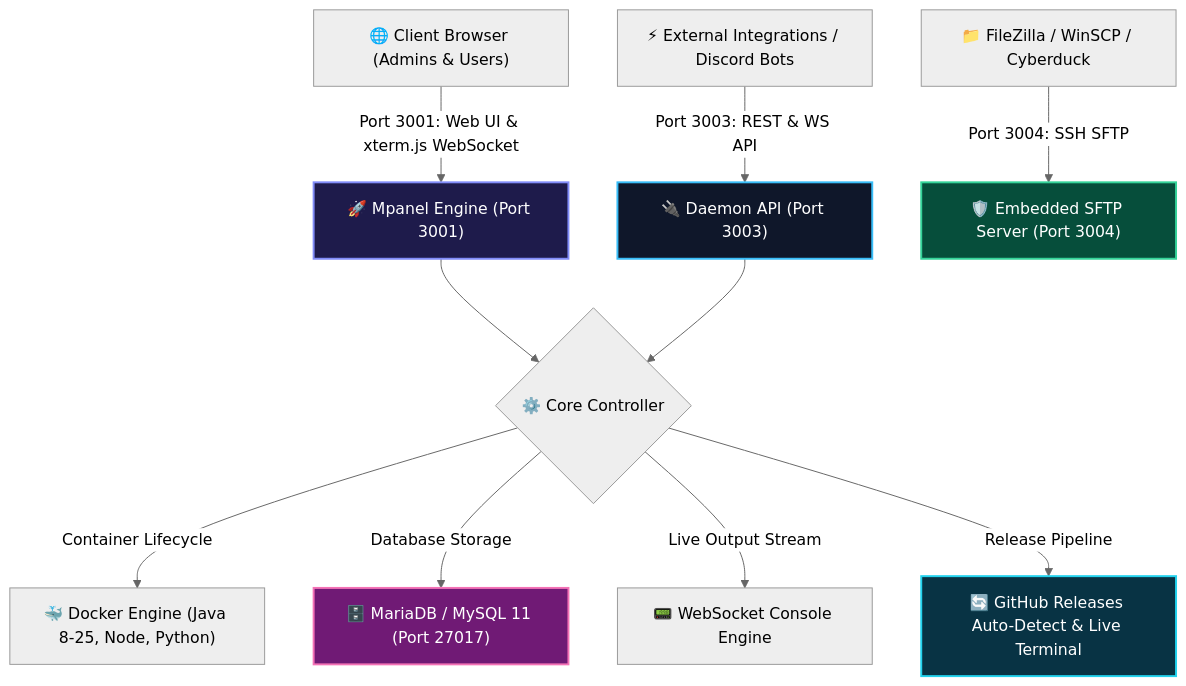
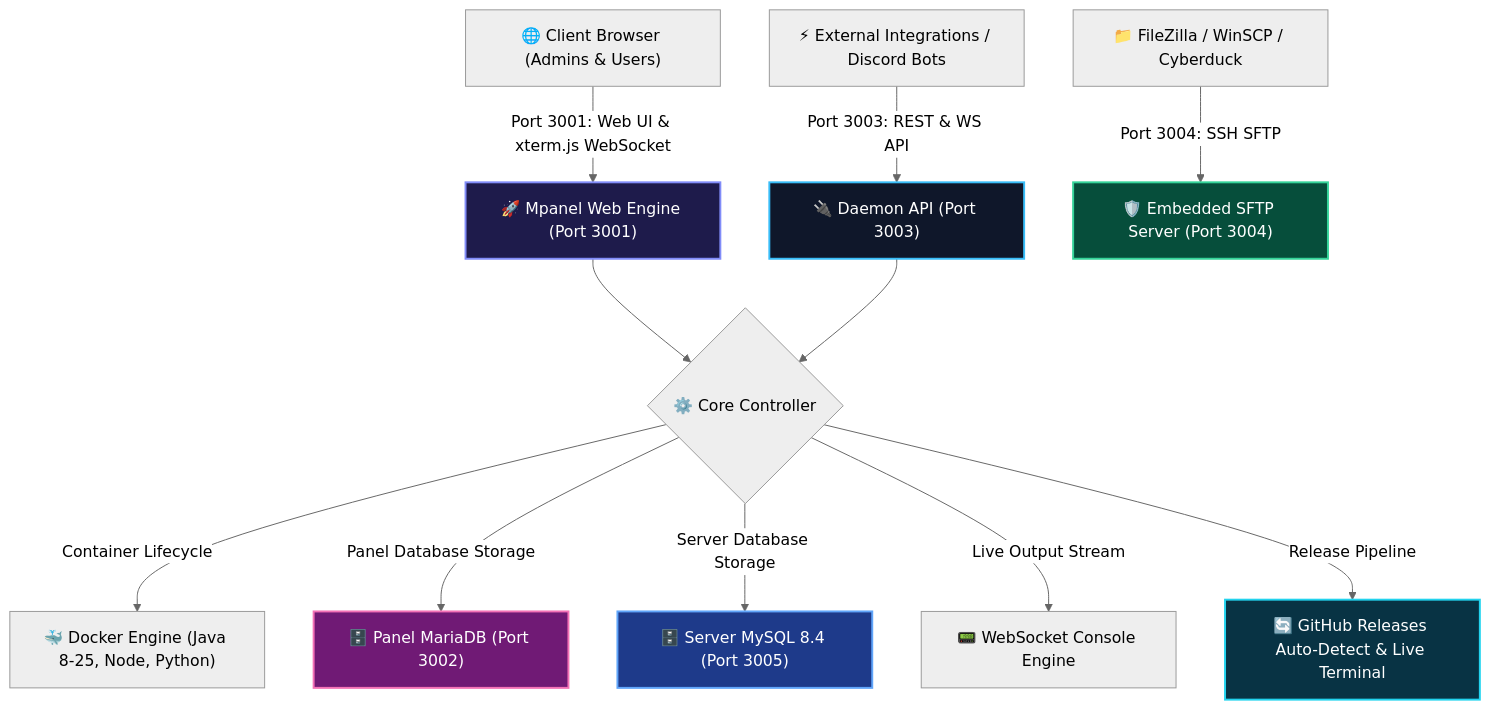
The diagram in README.md (nobita329/Mpanel), drawn with Mermaid (neutral theme) before and after one commit. The commit also changed other lines of this file and 11 other files, not shown here.

````diff
--- a/README.md
+++ b/README.md
@@ -48,20 +61,22 @@
 ```mermaid
 graph TD
-    Client["🌐 Client Browser (Admins & Users)"] -->|Port 3001: Web UI & xterm.js WebSocket| Gateway["🚀 Mpanel Engine (Port 3001)"]
+    Client["🌐 Client Browser (Admins & Users)"] -->|Port 3001: Web UI & xterm.js WebSocket| Gateway["🚀 Mpanel Web Engine (Port 3001)"]
     External["⚡ External Integrations / Discord Bots"] -->|Port 3003: REST & WS API| GatewayAPI["🔌 Daemon API (Port 3003)"]
     FTPClient["📁 FileZilla / WinSCP / Cyberduck"] -->|Port 3004: SSH SFTP| SFTP["🛡️ Embedded SFTP Server (Port 3004)"]
 
     Gateway --> EngineCore{"⚙️ Core Controller"}
     GatewayAPI --> EngineCore
 
     EngineCore -->|Container Lifecycle| Docker["🐳 Docker Engine (Java 8-25, Node, Python)"]
-    EngineCore -->|Database Storage| MariaDB["🗄️ MariaDB / MySQL 11 (Port 27017)"]
+    EngineCore -->|Panel Database Storage| MariaDB["🗄️ Panel MariaDB (Port 3002)"]
+    EngineCore -->|Server Database Storage| MySQLServer["🗄️ Server MySQL 8.4 (Port 3005)"]
     EngineCore -->|Live Output Stream| WSConsole["📟 WebSocket Console Engine"]
     EngineCore -->|Release Pipeline| AutoUpdater["🔄 GitHub Releases Auto-Detect & Live Terminal"]
 
     style Gateway fill:#1e1b4b,stroke:#818cf8,stroke-width:2px,color:#fff
     style GatewayAPI fill:#0f172a,stroke:#38bdf8,stroke-width:2px,color:#fff
     style SFTP fill:#064e3b,stroke:#34d399,stroke-width:2px,color:#fff
     style MariaDB fill:#701a75,stroke:#f472b6,stroke-width:2px,color:#fff
+    style MySQLServer fill:#1e3a8a,stroke:#60a5fa,stroke-width:2px,color:#fff
     style AutoUpdater fill:#083344,stroke:#22d3ee,stroke-width:2px,color:#fff
 ```
````
